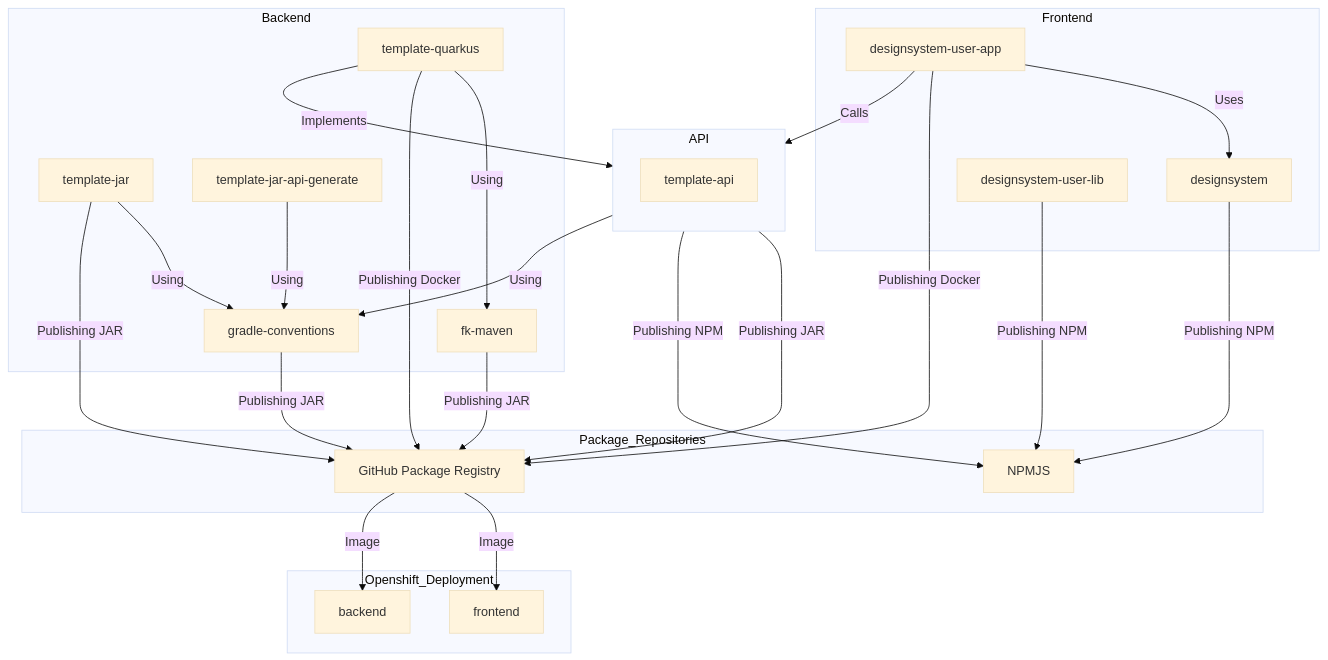
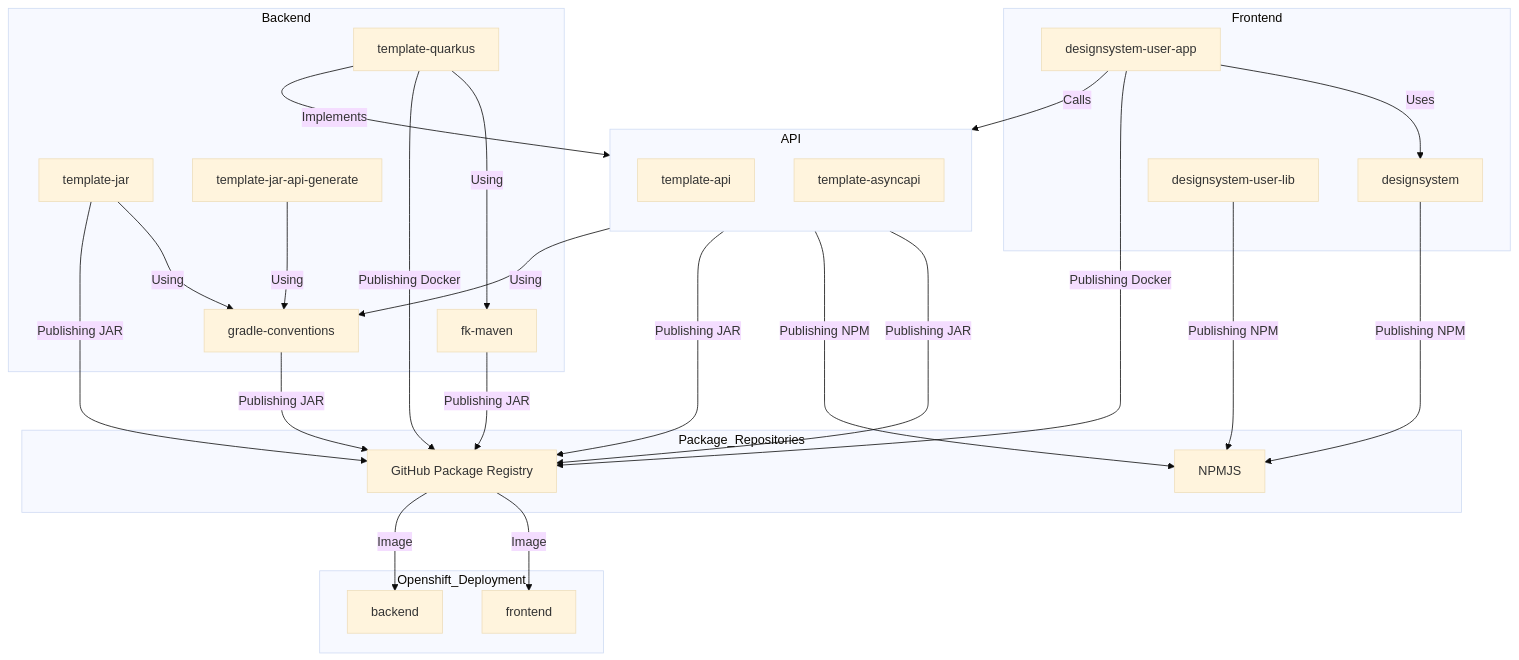
Before and after one commit to Forsakringskassan/.github: the diagram in profile/README.md, drawn with Mermaid (base theme). The commit also changed other lines of this file, not shown here.

Commit message:
async api

````diff
--- a/profile/README.md
+++ b/profile/README.md
@@ -36,62 +38,64 @@
 ```mermaid
 graph TD
     %% Backend nodes
     subgraph Backend
         C1[fk-maven]
         C2[gradle-conventions]
         C3[template-quarkus]
         C4[template-jar]
         C5[template-jar-api-generate]
 
         C3 -->|Using| C1
         C5 -->|Using| C2
         C4 -->|Using| C2
     end
 
     %% API nodes
     subgraph API
         direction TB
         B1[template-api]
         B1 -->|Using| C2
+        B2[template-asyncapi]
     end
 
     %% Frontend nodes
     subgraph Frontend
         A1[designsystem]
         A2[designsystem-user-app]
         A3[designsystem-user-lib]
 
         A2 -->|Uses| A1
         A2 -->|Calls| B1
     end
 
     %% Repository subgraph
     subgraph Package_Repositories
         GHRepo[GitHub Package Registry]
         NPM[NPMJS]
     end
 
     %% Openshift deployment
     subgraph Openshift_Deployment
         K3[backend]
         K2[frontend]
     end
 
     %% Cross-subgraph links
     C3 -->|Implements| B1
 
     %% Publishing arrows
     C1 -->|Publishing JAR| GHRepo
     C2 -->|Publishing JAR| GHRepo
     C3 -->|Publishing Docker| GHRepo
     C4 -->|Publishing JAR| GHRepo
     B1 -->|Publishing JAR| GHRepo
     B1 -->|Publishing NPM| NPM
+    B2 -->|Publishing JAR| GHRepo
     A1 -->|Publishing NPM| NPM
     A2 -->|Publishing Docker| GHRepo
     A3 -->|Publishing NPM| NPM
 
     %% Docker to Openshift deployment flows
     GHRepo -->|Image| K2
     GHRepo -->|Image| K3
 ```
````
